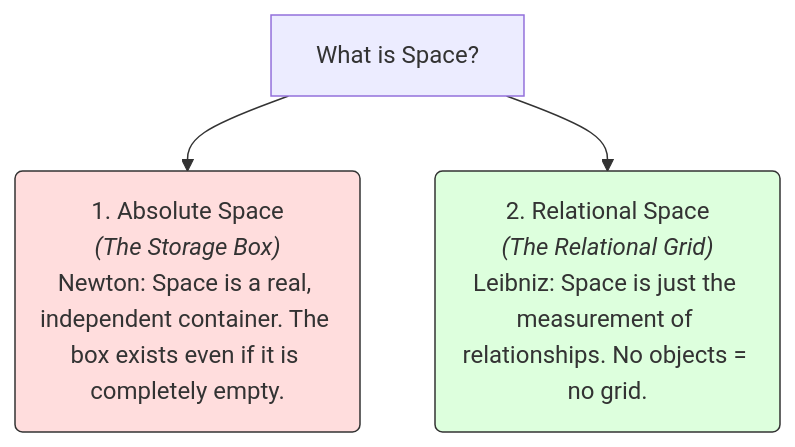
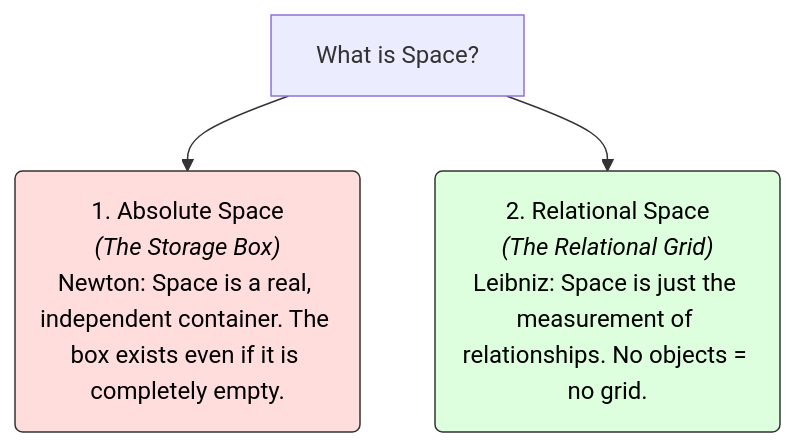
The diagram in humanities-finance-society/Philosophy/Space101.md (AtlasRoX/everything101), drawn with Mermaid before and after one commit. The commit also changed 27 other files, not shown here.

````diff
--- a/humanities-finance-society/Philosophy/Space101.md
+++ b/humanities-finance-society/Philosophy/Space101.md
@@ -17,8 +17,8 @@
 ```mermaid
 graph TD
     SpaceView[What is Space?] --> Newton("1. Absolute Space<br><i>(The Storage Box)</i><br>Newton: Space is a real, independent container. The box exists even if it is completely empty.")
     SpaceView --> Leibniz("2. Relational Space<br><i>(The Relational Grid)</i><br>Leibniz: Space is just the measurement of relationships. No objects = no grid.")
     
-    style Newton fill:#fdd,stroke:#333
-    style Leibniz fill:#dfd,stroke:#333
+    style Newton fill:#fdd,stroke:#333,color:#000
+    style Leibniz fill:#dfd,stroke:#333,color:#000
 ```
````
